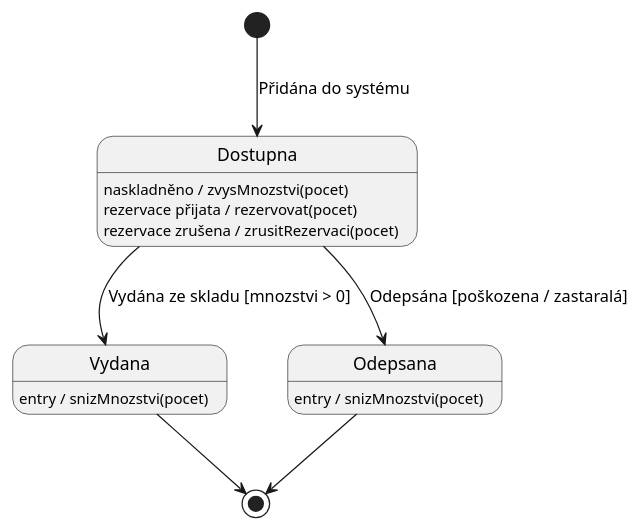
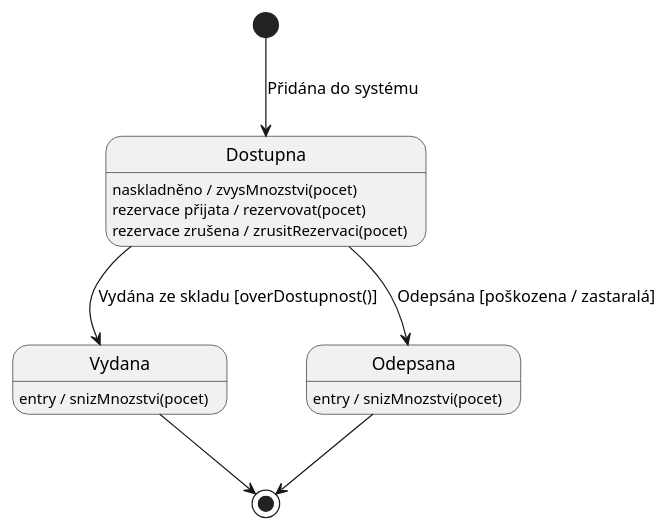
The diagram in diagrams/10_state_soucastka_projekt.puml (lkvapil/kOdevzdaniProjektWMS), drawn with PlantUML before and after one commit. The commit also changed 8 other files, not shown here.

Commit message:
fix: stavove diagramy - overDostupnost() konzistentne u VydejPohyb a PresunutiPohyb

```diff
--- a/diagrams/10_state_soucastka_projekt.puml
+++ b/diagrams/10_state_soucastka_projekt.puml
@@ -1,22 +1,22 @@
 @startuml
 top to bottom direction
 
 ' Bod 2: vnitřní přechody místo do/ pro jednorázové akce
 ' Bod 7: entry místo do pro evidovat spotřebu a vyřadit z evidence
 
 [*] --> Dostupna : Přidána do systému
 
 ' vnitřní přechody – jednorázové akce jako reakce na událost
 Dostupna : naskladněno / zvysMnozstvi(pocet)
 Dostupna : rezervace přijata / rezervovat(pocet)
 Dostupna : rezervace zrušena / zrusitRezervaci(pocet)
-Dostupna --> Vydana   : Vydána ze skladu [mnozstvi > 0]
+Dostupna --> Vydana   : Vydána ze skladu [overDostupnost()]
 Dostupna --> Odepsana : Odepsána [poškozena / zastaralá]
 
 Vydana : entry / snizMnozstvi(pocet)
 Vydana --> [*]
 
 Odepsana : entry / snizMnozstvi(pocet)
 Odepsana --> [*]
 
 @enduml
```
